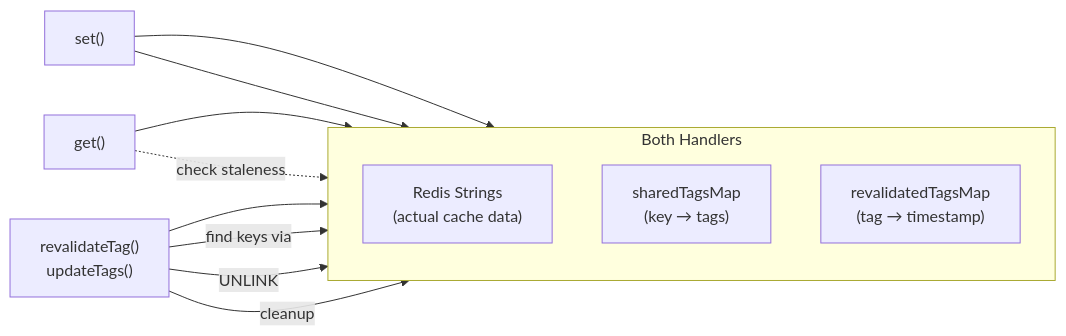
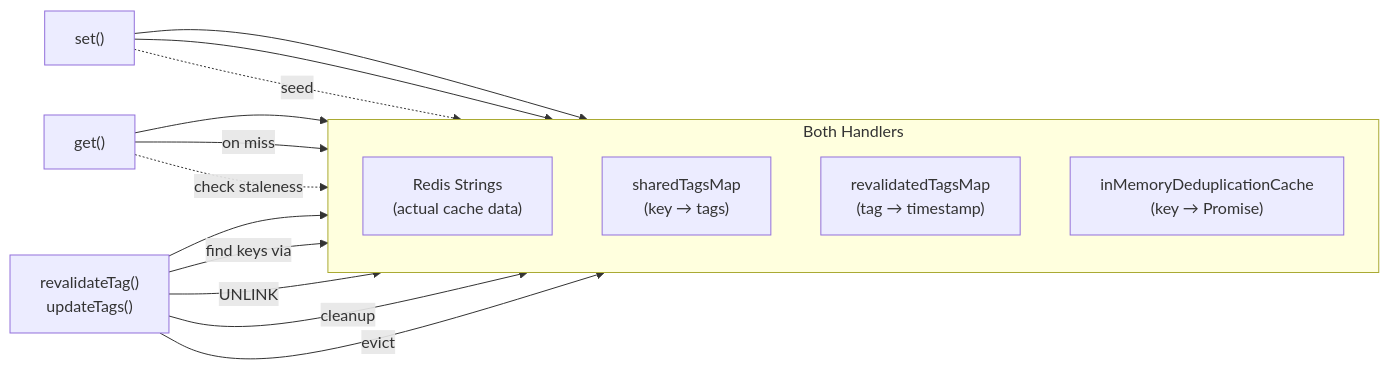
One commit to trieb-work/nextjs-turbo-redis-cache changed the ninth of 9 diagrams in ARCHITECTURE.md. Above: the diagram before and after it, drawn with Mermaid. The commit also changed other lines of this file and 262 other files, not shown here.

````diff
--- a/ARCHITECTURE.md
+++ b/ARCHITECTURE.md
@@ -408,18 +408,22 @@
 ```mermaid
 flowchart LR
     subgraph "Both Handlers"
         direction TB
         A["Redis Strings\n(actual cache data)"]
         B["sharedTagsMap\n(key → tags)"]
         C["revalidatedTagsMap\n(tag → timestamp)"]
+        D["inMemoryDeduplicationCache\n(key → Promise)"]
     end
 
     SET["set()"] --> A
     SET --> B
-    GET["get()"] --> A
+    SET -.->|"seed"| D
+    GET["get()"] --> D
+    GET -->|"on miss"| A
     GET -.->|"check staleness"| C
     REV["revalidateTag()\nupdateTags()"] --> C
     REV -->|"find keys via"| B
     REV -->|"UNLINK"| A
     REV -->|"cleanup"| B
+    REV -->|"evict"| D
 ```
````
